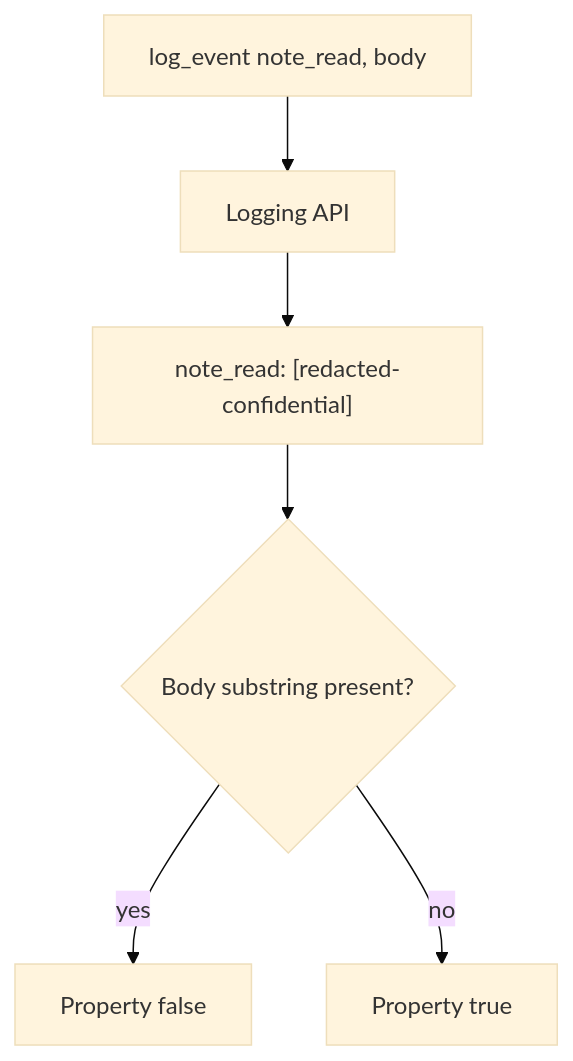
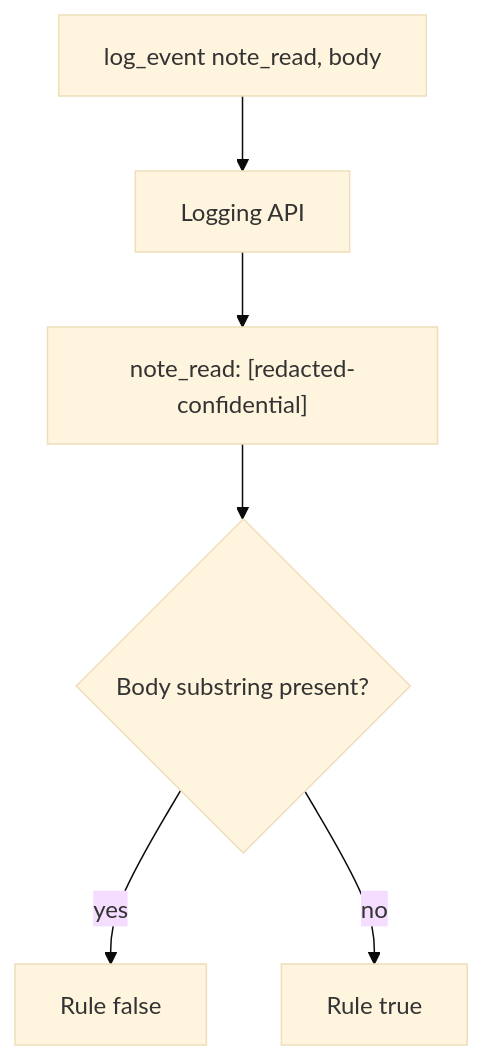
The diagram in content/modules/3/3.1/lessons/04-build.md (ishitvagoel/LearnSecurity), drawn with Mermaid (base theme) before and after one commit. The commit also changed other lines of this file and 31 other files, not shown here.

````diff
--- a/content/modules/3/3.1/lessons/04-build.md
+++ b/content/modules/3/3.1/lessons/04-build.md
@@ -15,8 +16,8 @@
 ```mermaid
 flowchart TD
   Call["log_event note_read, body"] --> API[Logging API]
   API --> Line["note_read: [redacted-confidential]"]
   Line --> Test{"Body substring present?"}
-  Test -->|yes| Fail[Property false]
-  Test -->|no| Pass[Property true]
+  Test -->|yes| Fail[Rule false]
+  Test -->|no| Pass[Rule true]
 ```
````
